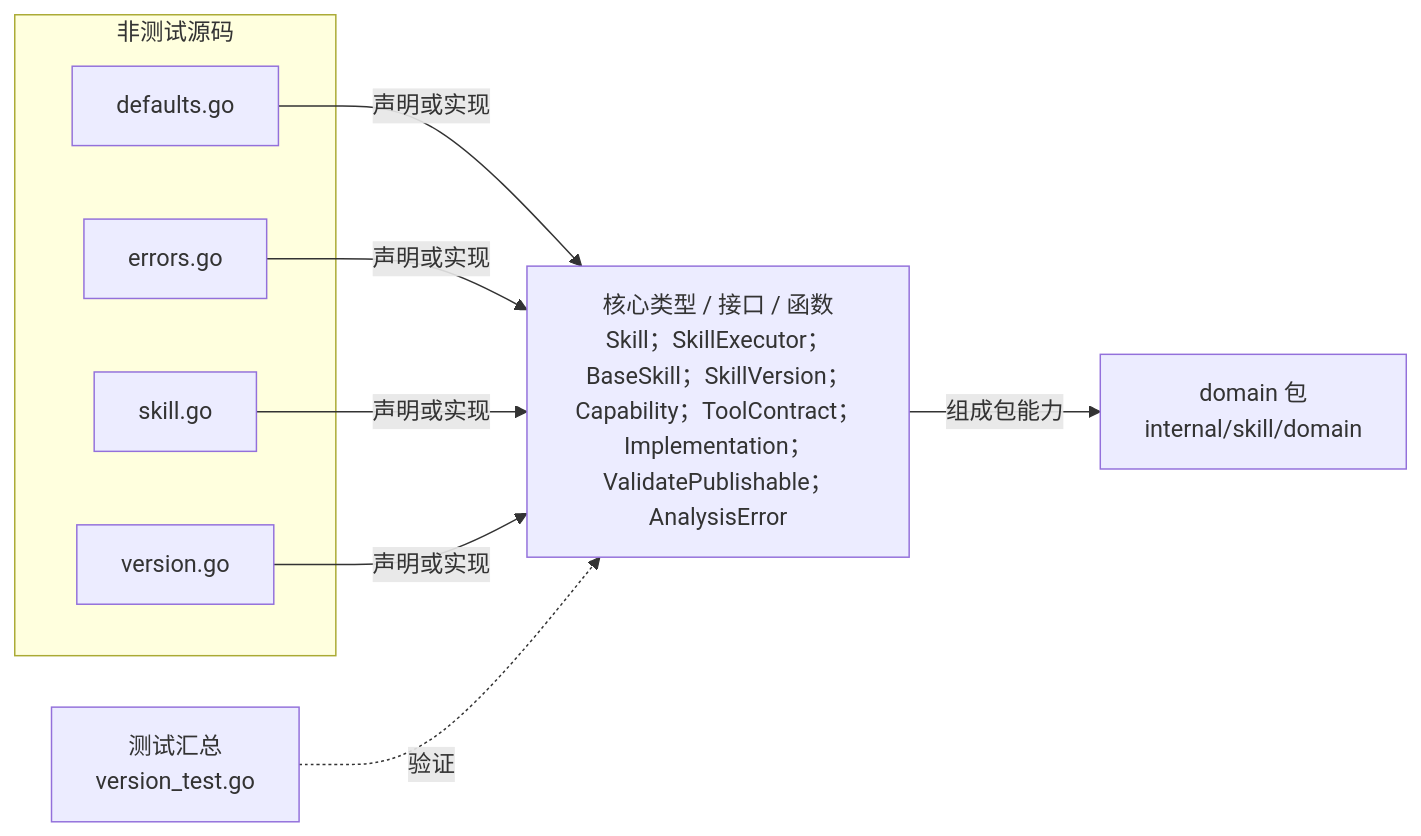
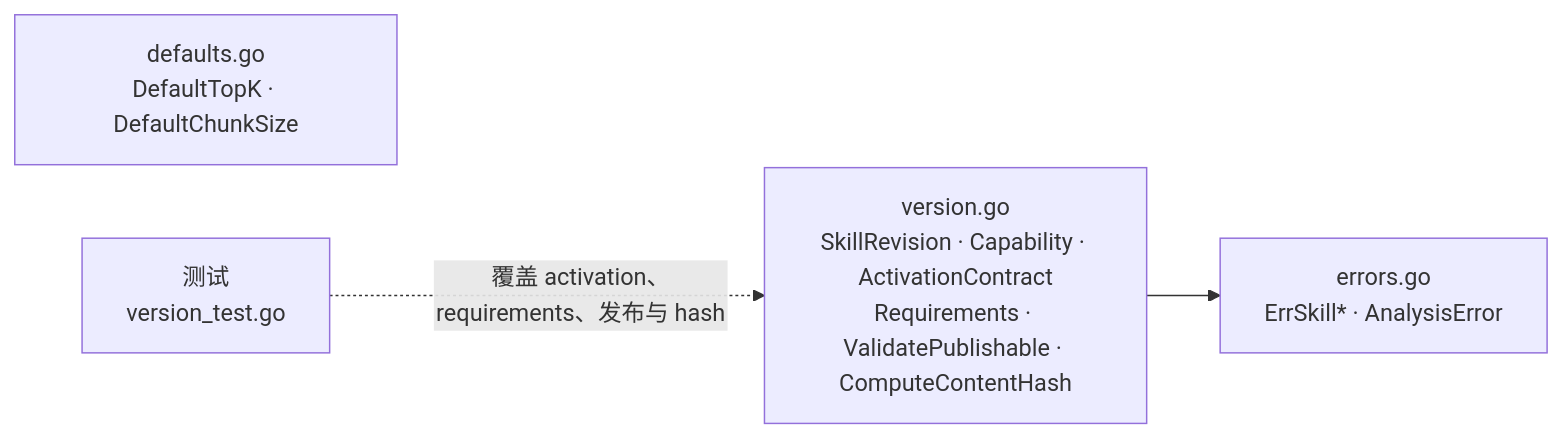
One commit to ArchChuan/Stratum changed the diagram in docs/go-package-architecture/internal-skill-domain.md. Above: the diagram before and after it, drawn with Mermaid. The commit also changed other lines of this file and 26 other files, not shown here.

````diff
--- a/docs/go-package-architecture/internal-skill-domain.md
+++ b/docs/go-package-architecture/internal-skill-domain.md
@@ -7,18 +7,9 @@
 ```mermaid
 flowchart LR
-  pkg["domain 包<br/>internal/skill/domain"]
-  api["核心类型 / 接口 / 函数<br/>Skill；SkillExecutor；BaseSkill；SkillVersion；Capability；ToolContract；Implementation；ValidatePublishable；AnalysisError"]
-  subgraph source[非测试源码]
-    f0["defaults.go"]
-    f1["errors.go"]
-    f2["skill.go"]
-    f3["version.go"]
-  end
-  f0 -->|声明或实现| api
-  f1 -->|声明或实现| api
-  f2 -->|声明或实现| api
-  f3 -->|声明或实现| api
-  api -->|组成包能力| pkg
-  tests["测试汇总<br/>version_test.go"]
-  tests -.->|验证| api
+  version["version.go<br/>SkillRevision · Capability · ActivationContract<br/>Requirements · ValidatePublishable · ComputeContentHash"]
+  defaults["defaults.go<br/>DefaultTopK · DefaultChunkSize"]
+  errors["errors.go<br/>ErrSkill* · AnalysisError"]
+  tests["测试<br/>version_test.go"]
+  version --> errors
+  tests -.覆盖 activation、requirements、发布与 hash.-> version
 ```
````
